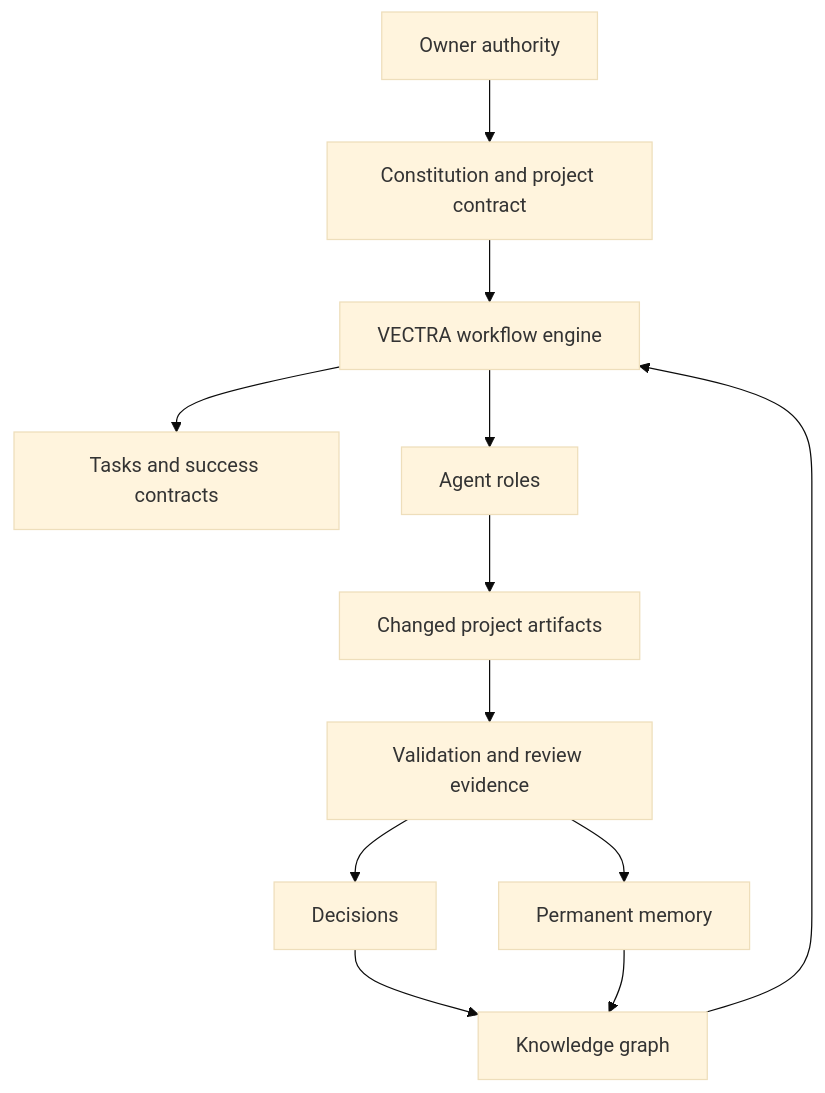
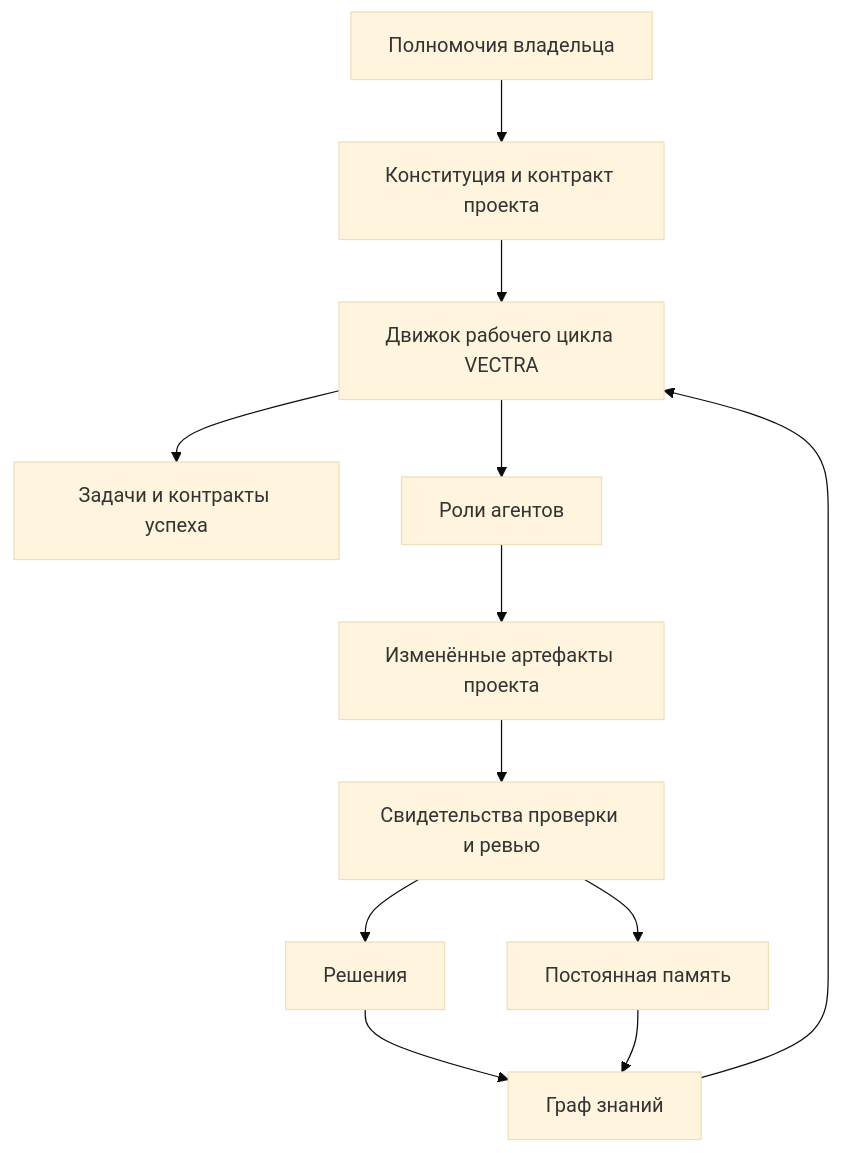
One commit to kitay-sudo/vectra changed the diagram in diagrams/architecture.md. Above: the diagram before and after it, drawn with Mermaid (base theme). The commit also changed other lines of this file and 63 other files, not shown here.

````diff
--- a/diagrams/architecture.md
+++ b/diagrams/architecture.md
@@ -3,14 +3,14 @@
 ```mermaid
 flowchart TB
-  O["Owner authority"] --> C["Constitution and project contract"]
-  C --> W["VECTRA workflow engine"]
-  W --> T["Tasks and success contracts"]
-  W --> A["Agent roles"]
-  A --> X["Changed project artifacts"]
-  X --> Q["Validation and review evidence"]
-  Q --> D["Decisions"]
-  Q --> M["Permanent memory"]
-  D --> K["Knowledge graph"]
+  O["Полномочия владельца"] --> C["Конституция и контракт проекта"]
+  C --> W["Движок рабочего цикла VECTRA"]
+  W --> T["Задачи и контракты успеха"]
+  W --> A["Роли агентов"]
+  A --> X["Изменённые артефакты проекта"]
+  X --> Q["Свидетельства проверки и ревью"]
+  Q --> D["Решения"]
+  Q --> M["Постоянная память"]
+  D --> K["Граф знаний"]
   M --> K
   K --> W
 ```
````
